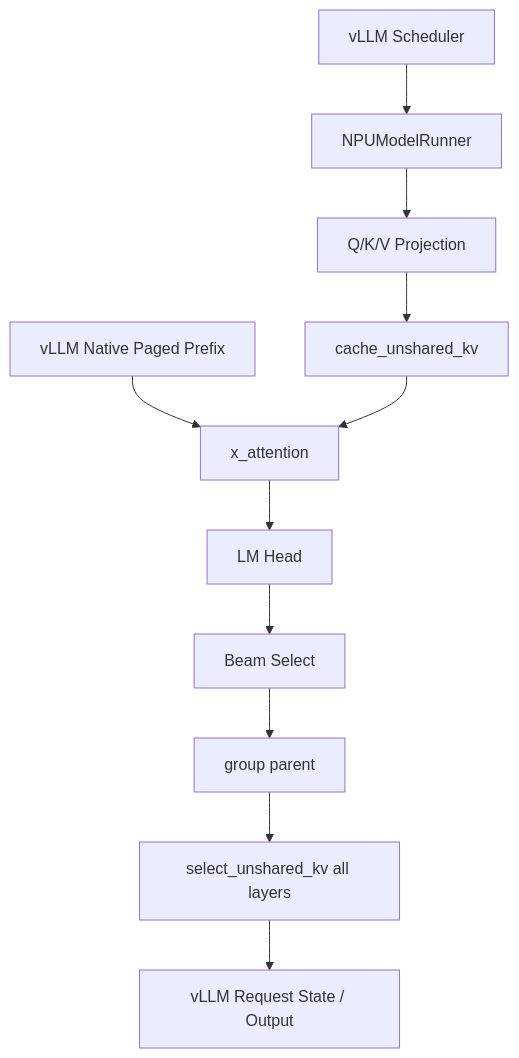
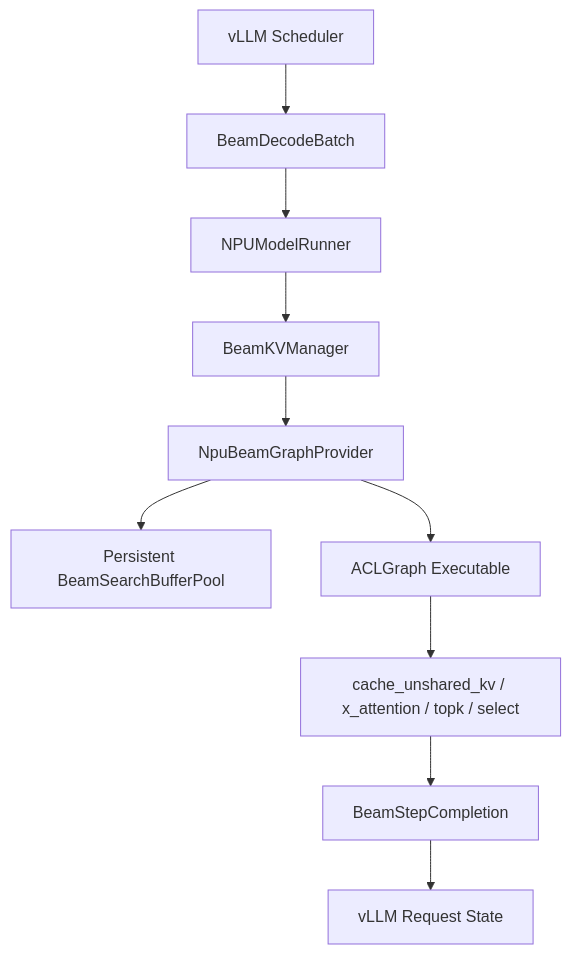
Before and after one commit to zhanghanleo10/gr-related: the eighth of 9 diagrams in GR/beam_incremental_decode_unified_architecture_design.md, drawn with Mermaid. The commit also changed other lines of this file, not shown here.

Commit message:
docs: integrate ACS ACLGraph and prefill tail design

````diff
--- a/GR/beam_incremental_decode_unified_architecture_design.md
+++ b/GR/beam_incremental_decode_unified_architecture_design.md
@@ -754,13 +650,12 @@
 ```mermaid
 flowchart TB
-    SCH["vLLM Scheduler"] --> MR["NPUModelRunner"]
-    MR --> QKV["Q/K/V Projection"]
-    QKV --> CUK["cache_unshared_kv"]
-    NKV["vLLM Native Paged Prefix"] --> XA["x_attention"]
-    CUK --> XA
-    XA --> LM["LM Head"]
-    LM --> SEL["Beam Select"]
-    SEL --> GP["group parent"]
-    GP --> SUK["select_unshared_kv all layers"]
-    SUK --> OUT["vLLM Request State / Output"]
+    SCH["vLLM Scheduler"] --> SO["BeamDecodeBatch"]
+    SO --> MR["NPUModelRunner"]
+    MR --> BKM["BeamKVManager"]
+    BKM --> NGP["NpuBeamGraphProvider"]
+    NGP --> BP["Persistent BeamSearchBufferPool"]
+    NGP --> EXE["ACLGraph Executable"]
+    EXE --> OPS["cache_unshared_kv / x_attention / topk / select"]
+    OPS --> CMP["BeamStepCompletion"]
+    CMP --> OUT["vLLM Request State"]
 ```
````
